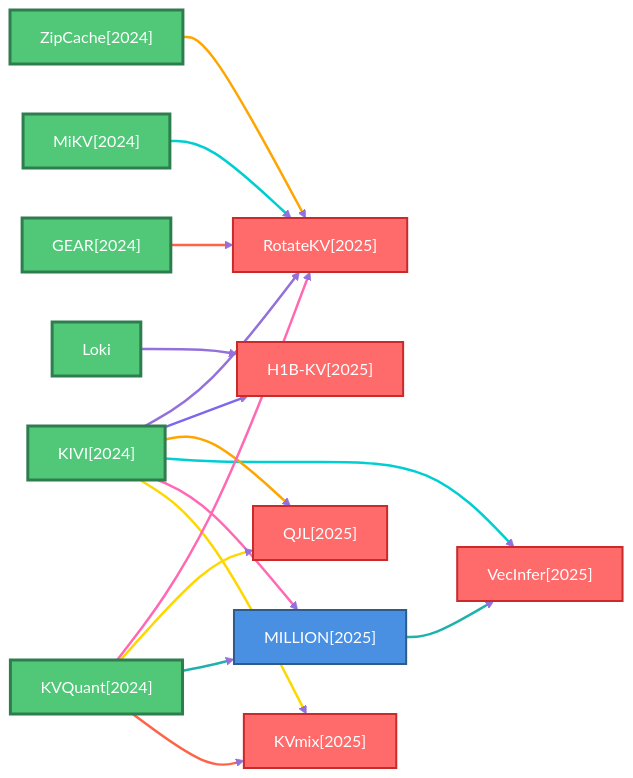
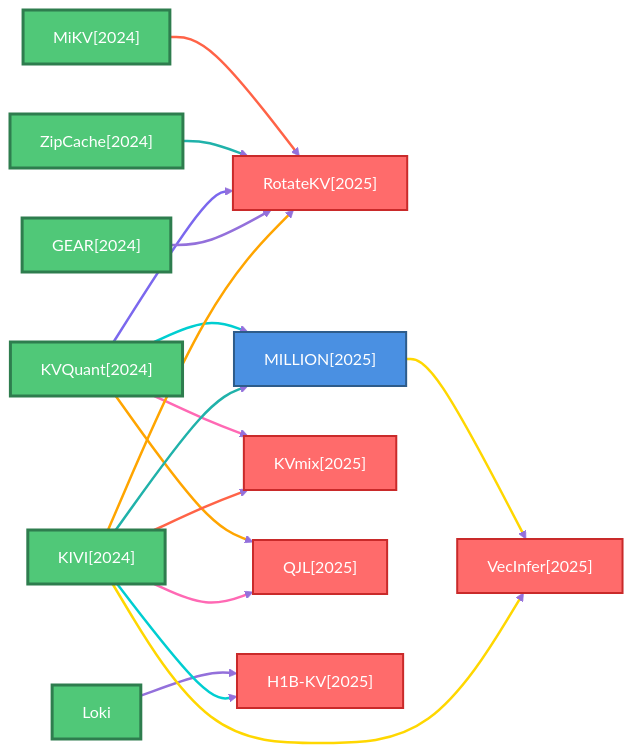
The fifth of 6 diagrams in docs/baseline_methods_graph.md (hustzxd/EfficientPaper), drawn with Mermaid before and after one commit. The commit also changed other lines of this file and 5 other files, not shown here.

````diff
--- a/docs/baseline_methods_graph.md
+++ b/docs/baseline_methods_graph.md
@@ -239,63 +239,63 @@
 ```mermaid
 flowchart LR
     classDef defaultNode fill:#4A90E2,stroke:#2E5C8A,stroke-width:2px,color:#fff
     classDef rootNode fill:#50C878,stroke:#2E7D4E,stroke-width:3px,color:#fff
     classDef leafNode fill:#FF6B6B,stroke:#C92A2A,stroke-width:2px,color:#fff
     linkStyle default stroke:#9370DB,stroke-width:2px
 
+    Loki["Loki"]
+    class Loki rootNode
+    2024_MiKV["MiKV[2024]"]
+    class 2024_MiKV rootNode
     2025_RotateKV["RotateKV[2025]"]
     class 2025_RotateKV leafNode
-    Loki["Loki"]
-    class Loki rootNode
+    2025_VecInfer["VecInfer[2025]"]
+    class 2025_VecInfer leafNode
+    2024_ZipCache["ZipCache[2024]"]
+    class 2024_ZipCache rootNode
+    2025_MILLION["MILLION[2025]"]
+    class 2025_MILLION defaultNode
+    2024_KVQuant["KVQuant[2024]"]
+    class 2024_KVQuant rootNode
+    2025_KVmix["KVmix[2025]"]
+    class 2025_KVmix leafNode
     2024_GEAR["GEAR[2024]"]
     class 2024_GEAR rootNode
-    2025_VecInfer["VecInfer[2025]"]
-    class 2025_VecInfer leafNode
-    2025_MILLION["MILLION[2025]"]
-    class 2025_MILLION defaultNode
+    2025_QJL["QJL[2025]"]
+    class 2025_QJL leafNode
+    2025_H1B_KV["H1B-KV[2025]"]
+    class 2025_H1B_KV leafNode
     2024_KIVI["KIVI[2024]"]
     class 2024_KIVI rootNode
-    2024_KVQuant["KVQuant[2024]"]
-    class 2024_KVQuant rootNode
-    2025_H1B_KV["H1B-KV[2025]"]
-    class 2025_H1B_KV leafNode
-    2025_KVmix["KVmix[2025]"]
-    class 2025_KVmix leafNode
-    2025_QJL["QJL[2025]"]
-    class 2025_QJL leafNode
-    2024_MiKV["MiKV[2024]"]
-    class 2024_MiKV rootNode
-    2024_ZipCache["ZipCache[2024]"]
-    class 2024_ZipCache rootNode
 
     Loki ==>|" "| 2025_H1B_KV
     linkStyle 0 stroke:#9370DB,stroke-width:2.5px
+    2024_MiKV ==>|" "| 2025_RotateKV
+    linkStyle 1 stroke:#FF6347,stroke-width:2.5px
+    2024_ZipCache ==>|" "| 2025_RotateKV
+    linkStyle 2 stroke:#20B2AA,stroke-width:2.5px
+    2025_MILLION ==>|" "| 2025_VecInfer
+    linkStyle 3 stroke:#FFD700,stroke-width:2.5px
+    2024_KVQuant ==>|" "| 2025_KVmix
+    linkStyle 4 stroke:#FF69B4,stroke-width:2.5px
+    2024_KVQuant ==>|" "| 2025_MILLION
+    linkStyle 5 stroke:#00CED1,stroke-width:2.5px
+    2024_KVQuant ==>|" "| 2025_QJL
+    linkStyle 6 stroke:#FFA500,stroke-width:2.5px
+    2024_KVQuant ==>|" "| 2025_RotateKV
+    linkStyle 7 stroke:#7B68EE,stroke-width:2.5px
     2024_GEAR ==>|" "| 2025_RotateKV
-    linkStyle 1 stroke:#FF6347,stroke-width:2.5px
-    2025_MILLION ==>|" "| 2025_VecInfer
-    linkStyle 2 stroke:#20B2AA,stroke-width:2.5px
+    linkStyle 8 stroke:#9370DB,stroke-width:2.5px
     2024_KIVI ==>|" "| 2025_KVmix
-    linkStyle 3 stroke:#FFD700,stroke-width:2.5px
+    linkStyle 9 stroke:#FF6347,stroke-width:2.5px
     2024_KIVI ==>|" "| 2025_MILLION
-    linkStyle 4 stroke:#FF69B4,stroke-width:2.5px
+    linkStyle 10 stroke:#20B2AA,stroke-width:2.5px
     2024_KIVI ==>|" "| 2025_VecInfer
-    linkStyle 5 stroke:#00CED1,stroke-width:2.5px
+    linkStyle 11 stroke:#FFD700,stroke-width:2.5px
     2024_KIVI ==>|" "| 2025_QJL
-    linkStyle 6 stroke:#FFA500,stroke-width:2.5px
+    linkStyle 12 stroke:#FF69B4,stroke-width:2.5px
     2024_KIVI ==>|" "| 2025_H1B_KV
-    linkStyle 7 stroke:#7B68EE,stroke-width:2.5px
+    linkStyle 13 stroke:#00CED1,stroke-width:2.5px
     2024_KIVI ==>|" "| 2025_RotateKV
-    linkStyle 8 stroke:#9370DB,stroke-width:2.5px
-    2024_KVQuant ==>|" "| 2025_KVmix
-    linkStyle 9 stroke:#FF6347,stroke-width:2.5px
-    2024_KVQuant ==>|" "| 2025_MILLION
-    linkStyle 10 stroke:#20B2AA,stroke-width:2.5px
-    2024_KVQuant ==>|" "| 2025_QJL
-    linkStyle 11 stroke:#FFD700,stroke-width:2.5px
-    2024_KVQuant ==>|" "| 2025_RotateKV
-    linkStyle 12 stroke:#FF69B4,stroke-width:2.5px
-    2024_MiKV ==>|" "| 2025_RotateKV
-    linkStyle 13 stroke:#00CED1,stroke-width:2.5px
-    2024_ZipCache ==>|" "| 2025_RotateKV
     linkStyle 14 stroke:#FFA500,stroke-width:2.5px
 ```
````
